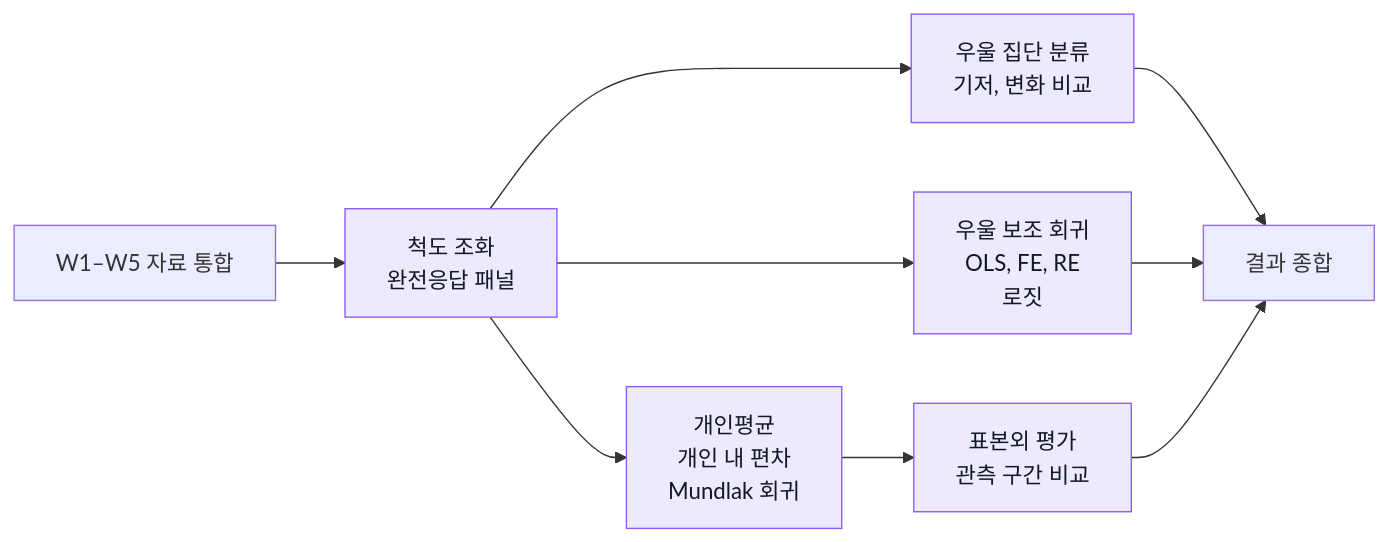
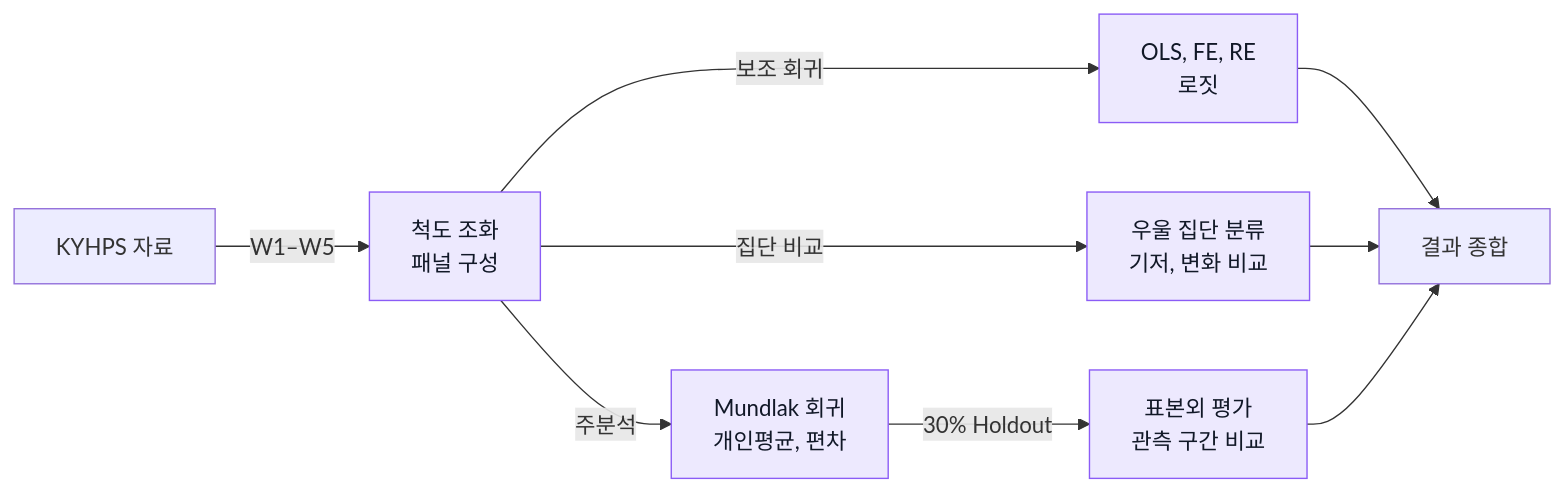
Before and after one commit to lcsvvo/KYHPS-Anxiety-Longitudinal: the diagram in README.md, drawn with Mermaid.

Commit message:
docs: move analysis branches onto workflow arrows

````diff
--- a/README.md
+++ b/README.md
@@ -55,13 +55,13 @@
 ```mermaid
 flowchart LR
-    A["W1–W5 자료 통합"] --> B["척도 조화<br/>완전응답 패널"]
-    B --> C["개인평균<br/>개인 내 편차<br/>Mundlak 회귀"]
-    B --> D["우울 집단 분류<br/>기저, 변화 비교"]
-    B --> R["우울 보조 회귀<br/>OLS, FE, RE<br/>로짓"]
-    C --> E["표본외 평가<br/>관측 구간 비교"]
-    D --> F["결과 종합"]
-    R --> F
+    A["KYHPS 자료"] -->|W1–W5| B["척도 조화<br/>패널 구성"]
+    B -->|주분석| C["Mundlak 회귀<br/>개인평균, 편차"]
+    B -->|보조 회귀| R["OLS, FE, RE<br/>로짓"]
+    B -->|집단 비교| D["우울 집단 분류<br/>기저, 변화 비교"]
+    C -->|30% Holdout| E["표본외 평가<br/>관측 구간 비교"]
+    R --> F["결과 종합"]
+    D --> F
     E --> F
     classDef step fill:#ede9fe,stroke:#8b5cf6,color:#111827;
     class B,C,D,E,R step;
 ```
````
